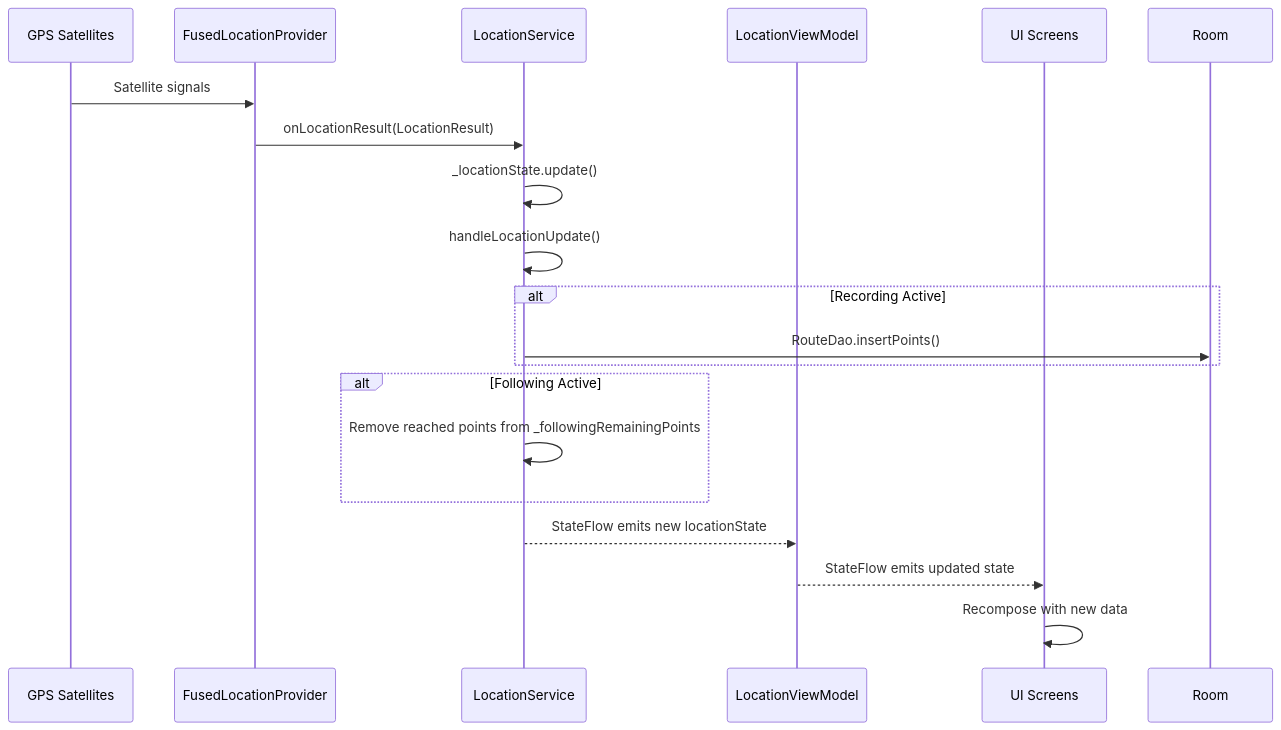
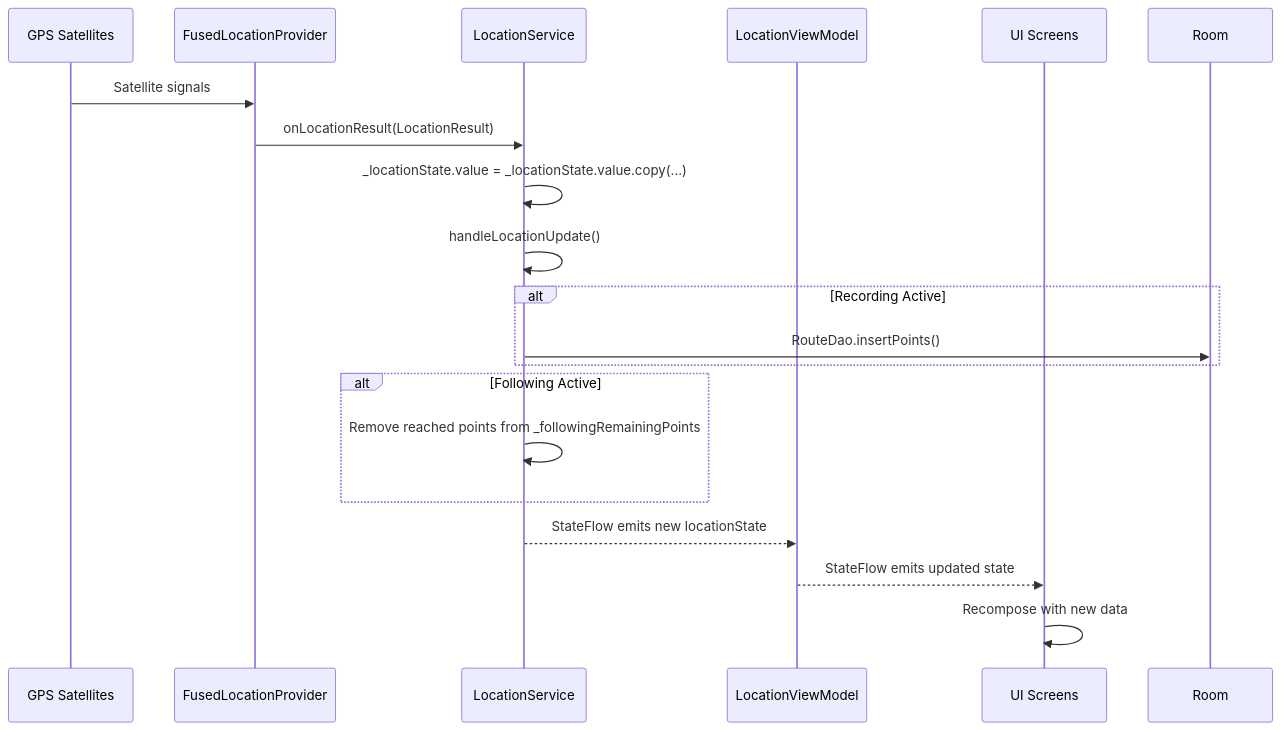
Before and after one commit to ameraldo/Radar: the second of 7 diagrams in docs/architecture/data-flow.md, drawn with Mermaid. The commit also changed other lines of this file and 30 other files, not shown here.

````diff
--- a/docs/architecture/data-flow.md
+++ b/docs/architecture/data-flow.md
@@ -52,25 +53,25 @@
 ```mermaid
 sequenceDiagram
     participant GPS as GPS Satellites
     participant FLP as FusedLocationProvider
     participant Service as LocationService
     participant VM as LocationViewModel
     participant UI as UI Screens
 
     GPS->>FLP: Satellite signals
     FLP->>Service: onLocationResult(LocationResult)
-    Service->>Service: _locationState.update()
+    Service->>Service: _locationState.value = _locationState.value.copy(...)
     Service->>Service: handleLocationUpdate()
 
     alt Recording Active
         Service->>Room: RouteDao.insertPoints()
     end
 
     alt Following Active
         Service->>Service: Remove reached points from _followingRemainingPoints
     end
 
     Service-->>VM: StateFlow emits new locationState
     VM-->>UI: StateFlow emits updated state
     UI->>UI: Recompose with new data
 ```
````
